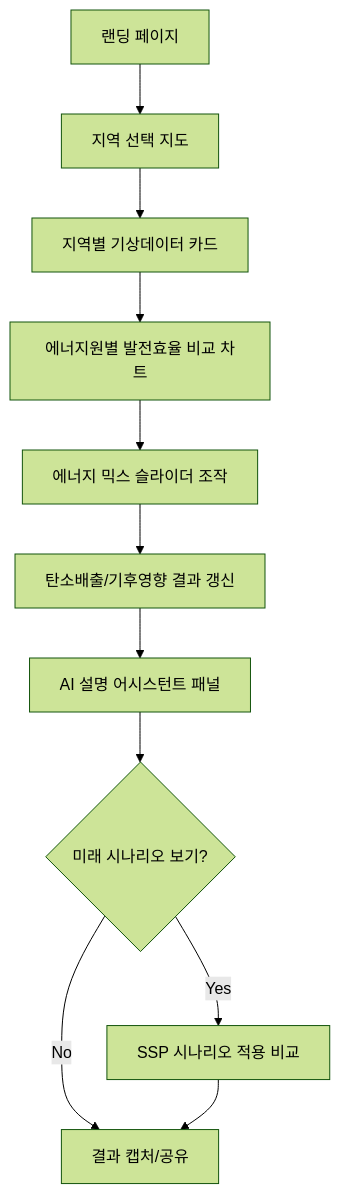
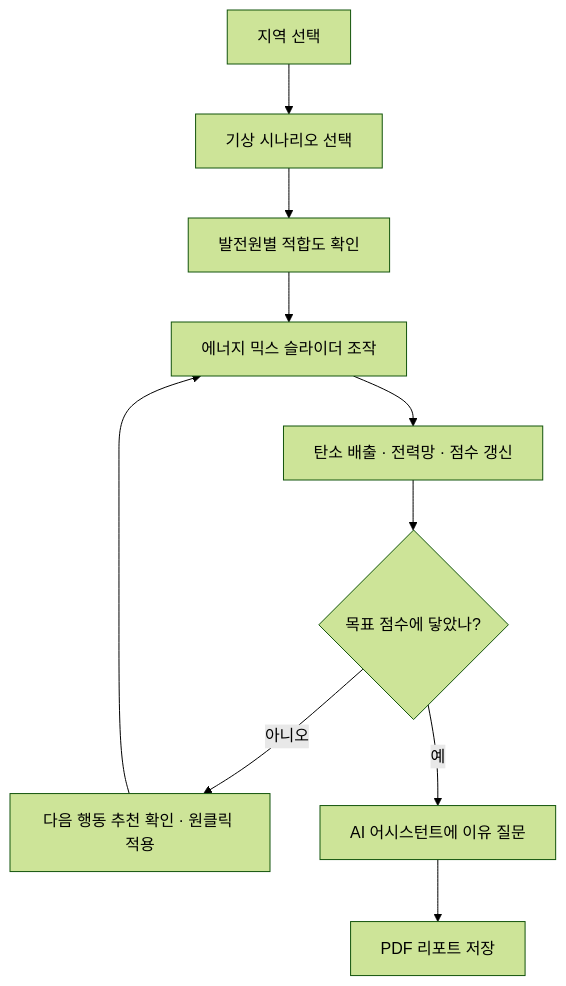
The first of 2 diagrams in README.md (toto6343/climateloop), drawn with Mermaid (forest theme) before and after one commit. The commit also changed other lines of this file and 39 other files, not shown here.

````diff
--- a/README.md
+++ b/README.md
@@ -138,13 +250,12 @@
 ```mermaid
 flowchart TD
-    A[랜딩 페이지] --> B[지역 선택 지도]
-    B --> C[지역별 기상데이터 카드]
-    C --> D[에너지원별 발전효율 비교 차트]
-    D --> E[에너지 믹스 슬라이더 조작]
-    E --> F[탄소배출/기후영향 결과 갱신]
-    F --> G[AI 설명 어시스턴트 패널]
-    G --> H{미래 시나리오 보기?}
-    H -- Yes --> I[SSP 시나리오 적용 비교]
-    H -- No --> J[결과 캡처/공유]
-    I --> J
+    A[지역 선택] --> B[기상 시나리오 선택]
+    B --> C[발전원별 적합도 확인]
+    C --> D[에너지 믹스 슬라이더 조작]
+    D --> E[탄소 배출 · 전력망 · 점수 갱신]
+    E --> F{목표 점수에 닿았나?}
+    F -- 아니오 --> G[다음 행동 추천 확인 · 원클릭 적용]
+    G --> D
+    F -- 예 --> H[AI 어시스턴트에 이유 질문]
+    H --> I[PDF 리포트 저장]
 ```
````
